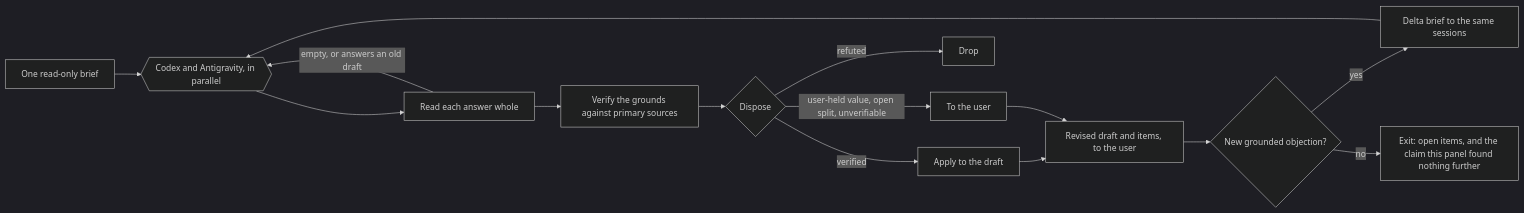
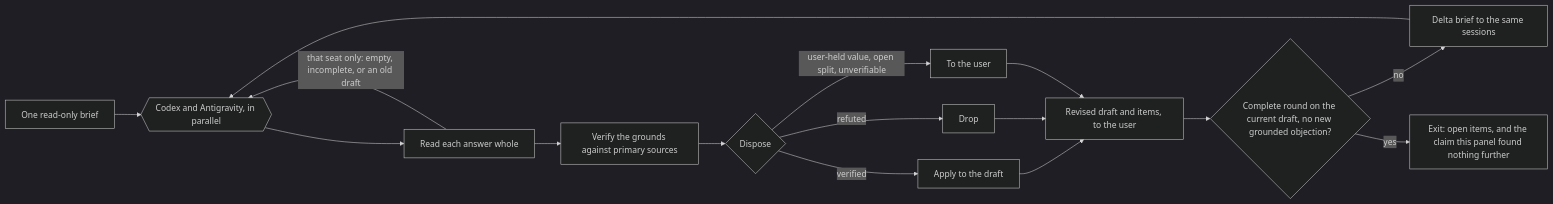
One commit to jongwony/cc-plugin changed the diagram in delphi/README.md. Above: the diagram before and after it, drawn with Mermaid (dark theme). The commit also changed other lines of this file and 4 other files, not shown here.

````diff
--- a/delphi/README.md
+++ b/delphi/README.md
@@ -9,16 +9,17 @@
 ```mermaid
 flowchart LR
   B[One read-only brief] --> P{{Codex and Antigravity, in parallel}}
   P --> R[Read each answer whole]
-  R -->|empty, or answers an old draft| P
+  R -->|that seat only: empty, incomplete, or an old draft| P
   R --> V[Verify the grounds against primary sources]
   V --> D{Dispose}
   D -->|verified| A[Apply to the draft]
   D -->|refuted| X[Drop]
   D -->|user-held value, open split, unverifiable| U[To the user]
   A --> H[Revised draft and items, to the user]
+  X --> H
   U --> H
-  H --> S{New grounded objection?}
-  S -->|yes| Q[Delta brief to the same sessions] --> P
-  S -->|no| E[Exit: open items, and the claim this panel found nothing further]
+  H --> S{Complete round on the current draft, no new grounded objection?}
+  S -->|no| Q[Delta brief to the same sessions] --> P
+  S -->|yes| E[Exit: open items, and the claim this panel found nothing further]
 ```
````
